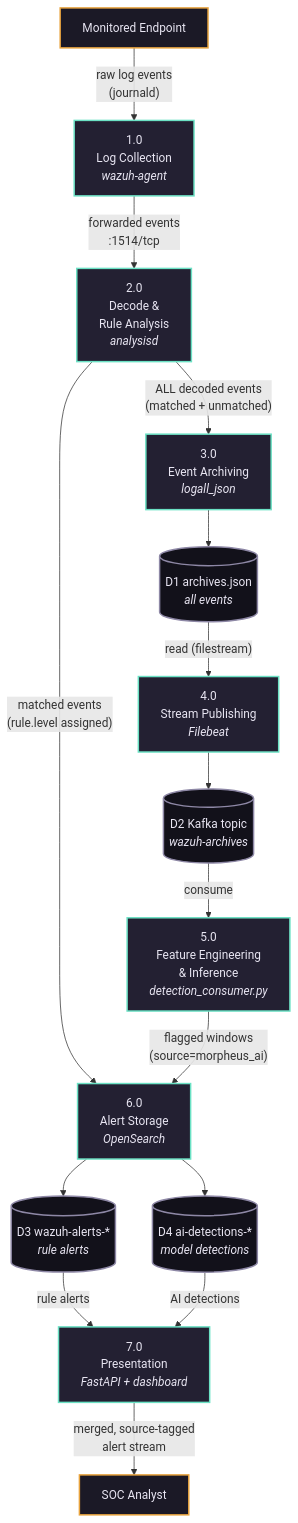
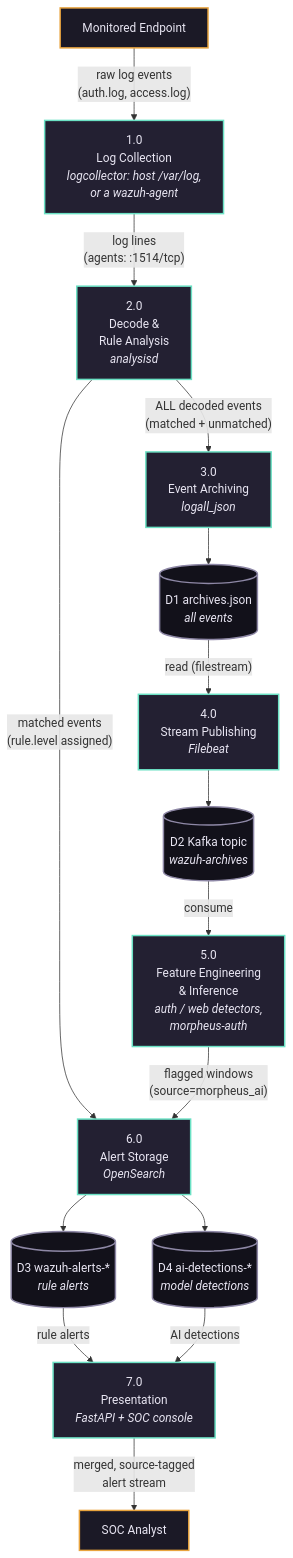
The second of 3 diagrams in docs/sad_diagrams_chapter3.md (tecchuuu/ai-enhanced-xdr), drawn with Mermaid before and after one commit. The commit also changed other lines of this file and 10 other files, not shown here.

````diff
--- a/docs/sad_diagrams_chapter3.md
+++ b/docs/sad_diagrams_chapter3.md
@@ -49,45 +48,45 @@
 ```mermaid
 flowchart TD
     EP["Monitored Endpoint"]
     AN["SOC Analyst"]
 
-    P1["1.0<br/>Log Collection<br/><i>wazuh-agent</i>"]
+    P1["1.0<br/>Log Collection<br/><i>logcollector: host /var/log,<br/>or a wazuh-agent</i>"]
     P2["2.0<br/>Decode &<br/>Rule Analysis<br/><i>analysisd</i>"]
     P3["3.0<br/>Event Archiving<br/><i>logall_json</i>"]
     P4["4.0<br/>Stream Publishing<br/><i>Filebeat</i>"]
-    P5["5.0<br/>Feature Engineering<br/>& Inference<br/><i>detection_consumer.py</i>"]
+    P5["5.0<br/>Feature Engineering<br/>& Inference<br/><i>auth / web detectors,<br/>morpheus-auth</i>"]
     P6["6.0<br/>Alert Storage<br/><i>OpenSearch</i>"]
-    P7["7.0<br/>Presentation<br/><i>FastAPI + dashboard</i>"]
+    P7["7.0<br/>Presentation<br/><i>FastAPI + SOC console</i>"]
 
     D1[("D1 archives.json<br/><i>all events</i>")]
     D2[("D2 Kafka topic<br/><i>wazuh-archives</i>")]
     D3[("D3 wazuh-alerts-*<br/><i>rule alerts</i>")]
     D4[("D4 ai-detections-*<br/><i>model detections</i>")]
 
-    EP -->|"raw log events<br/>(journald)"| P1
-    P1 -->|"forwarded events<br/>:1514/tcp"| P2
+    EP -->|"raw log events<br/>(auth.log, access.log)"| P1
+    P1 -->|"log lines<br/>(agents: :1514/tcp)"| P2
 
     P2 -->|"matched events<br/>(rule.level assigned)"| P6
     P2 -->|"ALL decoded events<br/>(matched + unmatched)"| P3
 
     P3 --> D1
     D1 -->|"read (filestream)"| P4
     P4 --> D2
     D2 -->|"consume"| P5
 
     P5 -->|"flagged windows<br/>(source=morpheus_ai)"| P6
 
     P6 --> D3
     P6 --> D4
     D3 -->|"rule alerts"| P7
     D4 -->|"AI detections"| P7
 
     P7 -->|"merged, source-tagged<br/>alert stream"| AN
 
     classDef ext fill:#1B1926,stroke:#E8A33D,stroke-width:2px,color:#E8E5F2
     classDef proc fill:#232032,stroke:#6BE1C4,stroke-width:2px,color:#E8E5F2
     classDef store fill:#12111A,stroke:#8E88A6,stroke-width:2px,color:#E8E5F2
     class EP,AN ext
     class P1,P2,P3,P4,P5,P6,P7 proc
     class D1,D2,D3,D4 store
 ```
````
